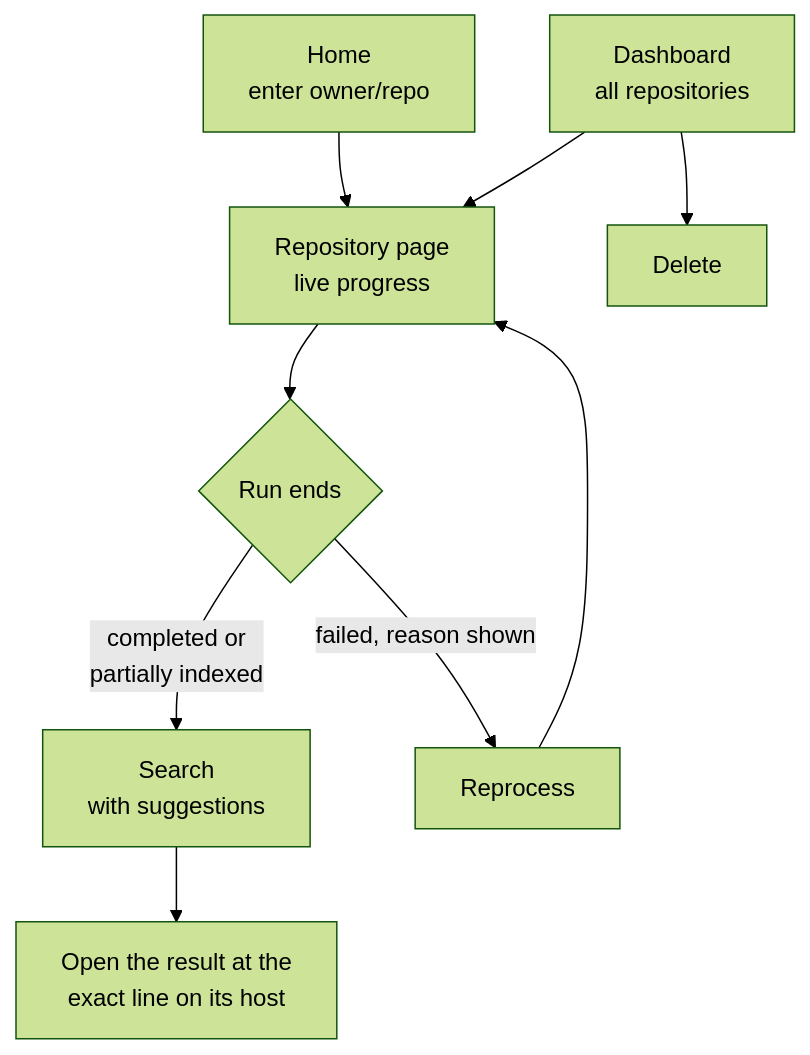
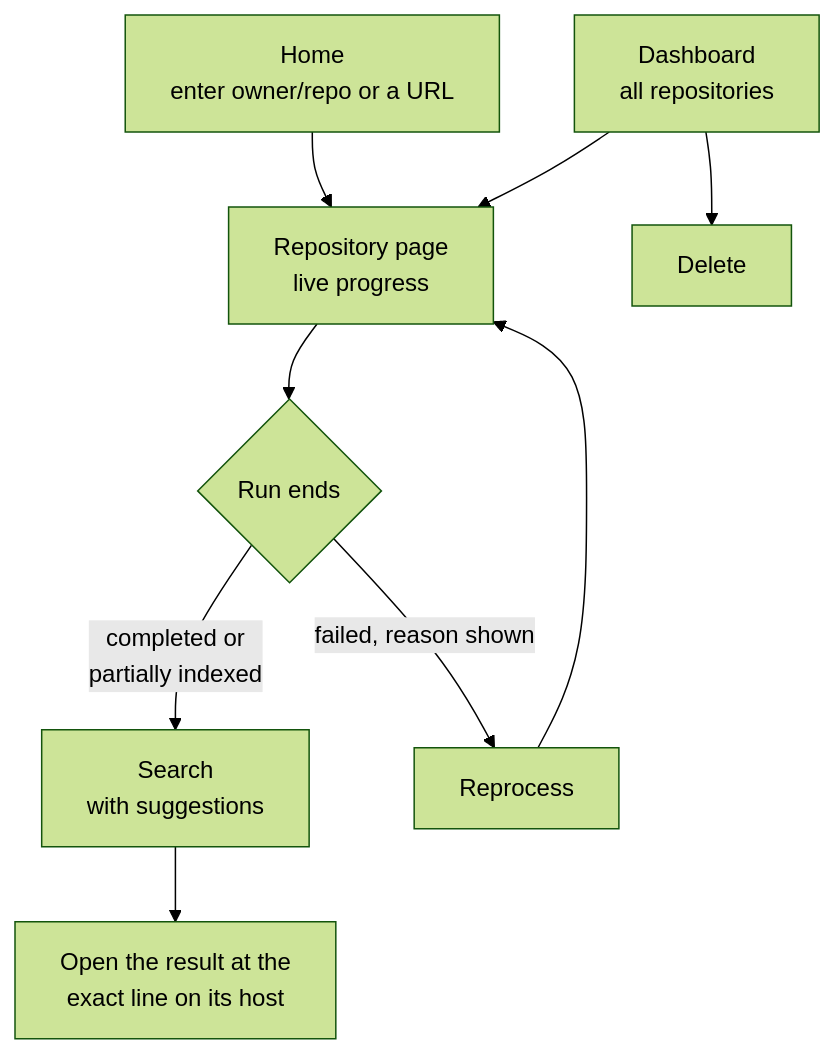
Before and after one commit to ntanwir10/codesage-algolia-challenge: the sixth of 8 diagrams in README.md, drawn with Mermaid (forest theme). The commit also changed other lines of this file and 11 other files, not shown here.

````diff
--- a/README.md
+++ b/README.md
@@ -148,11 +148,11 @@
 ```mermaid
 flowchart TB
-    home["Home<br/>enter owner/repo"] --> page["Repository page<br/>live progress"]
+    home["Home<br/>enter owner/repo or a URL"] --> page["Repository page<br/>live progress"]
     dashboard["Dashboard<br/>all repositories"] --> page
     dashboard --> delete["Delete"]
     page --> outcome{"Run ends"}
     outcome -- "completed or<br/>partially indexed" --> search["Search<br/>with suggestions"]
     outcome -- "failed, reason shown" --> reprocess["Reprocess"]
     reprocess --> page
     search --> github["Open the result at the<br/>exact line on its host"]
 ```
````
